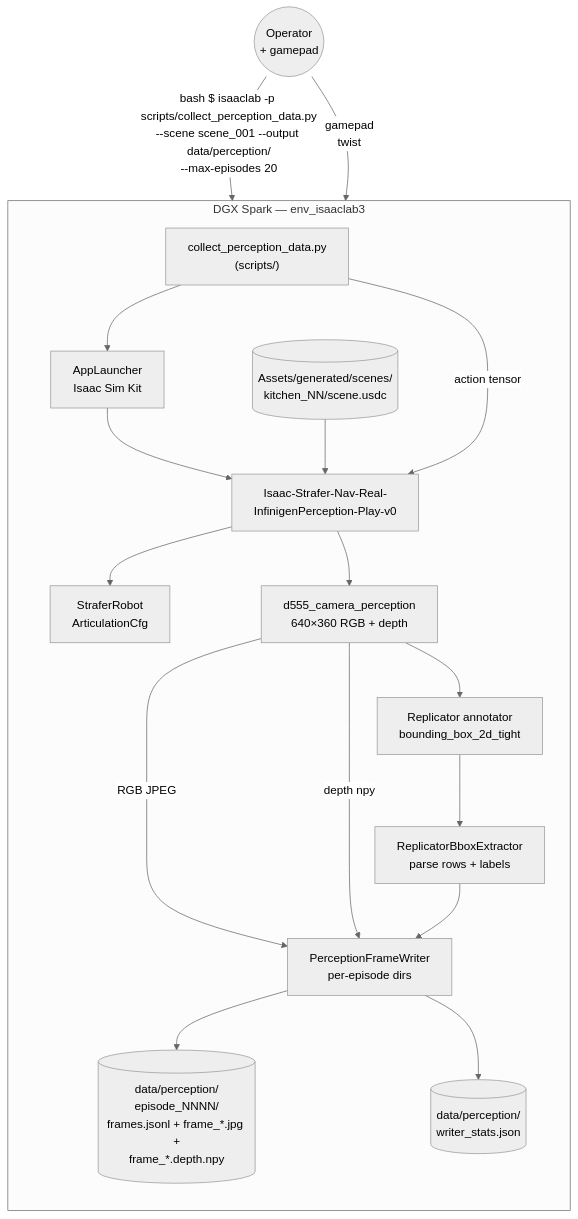
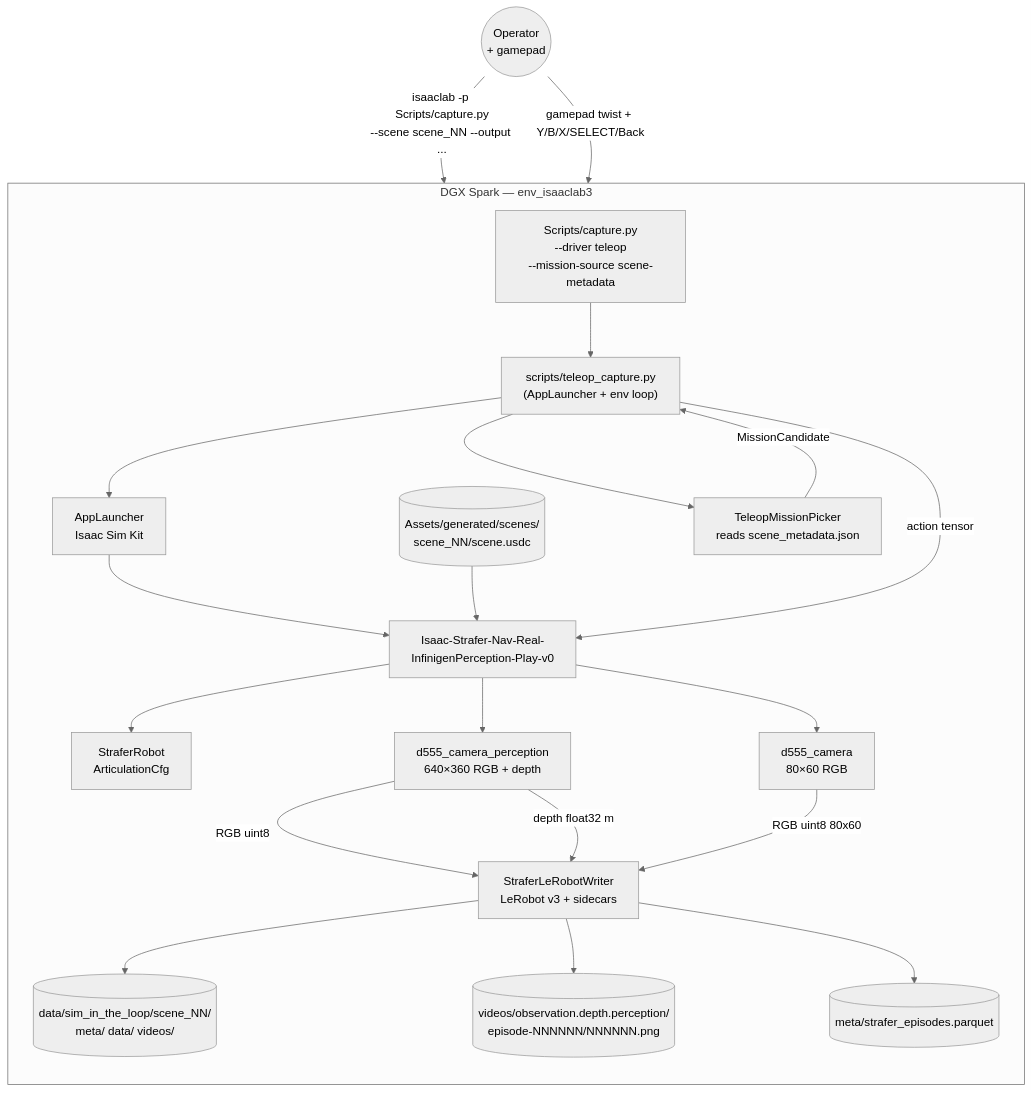
Before and after one commit to zachoines/Sim2RealLab: the fourth of 7 diagrams in docs/SYSTEM_FLOW_DIAGRAMS.md, drawn with Mermaid (neutral theme). The commit also changed other lines of this file and 43 other files, not shown here.

First line of the commit message:
feat(harness): LeRobot v3 writer + capture.py scaffolding (Tier 1, PR B) (#63)

````diff
--- a/docs/SYSTEM_FLOW_DIAGRAMS.md
+++ b/docs/SYSTEM_FLOW_DIAGRAMS.md
@@ -299,49 +297,53 @@
 ```mermaid
 flowchart TB
     Operator((Operator<br/>+ gamepad))
 
     subgraph DGX["DGX Spark — env_isaaclab3"]
         direction TB
 
-        Collect["collect_perception_data.py<br/>(scripts/)"]
+        Capture["Scripts/capture.py<br/>--driver teleop<br/>--mission-source scene-metadata"]
+        Teleop["scripts/teleop_capture.py<br/>(AppLauncher + env loop)"]
         AppLauncher["AppLauncher<br/>Isaac Sim Kit"]
         Env["Isaac-Strafer-Nav-Real-<br/>InfinigenPerception-Play-v0"]
-        SceneUSD[("Assets/generated/scenes/<br/>kitchen_NN/scene.usdc")]
+        SceneUSD[("Assets/generated/scenes/<br/>scene_NN/scene.usdc")]
         Robot["StraferRobot<br/>ArticulationCfg"]
         Camera["d555_camera_perception<br/>640×360 RGB + depth"]
+        PolicyCam["d555_camera<br/>80×60 RGB"]
 
-        Replicator["Replicator annotator<br/>bounding_box_2d_tight"]
-        BBoxExtractor["ReplicatorBboxExtractor<br/>parse rows + labels"]
+        Picker["TeleopMissionPicker<br/>reads scene_metadata.json"]
+        Writer["StraferLeRobotWriter<br/>LeRobot v3 + sidecars"]
 
-        Writer["PerceptionFrameWriter<br/>per-episode dirs"]
-
-        EpisodeDir[("data/perception/<br/>episode_NNNN/<br/>frames.jsonl + frame_*.jpg +<br/>frame_*.depth.npy")]
-        Stats[("data/perception/<br/>writer_stats.json")]
+        Dataset[("data/sim_in_the_loop/scene_NN/<br/>meta/ data/ videos/")]
+        DepthSidecar[("videos/observation.depth.perception/<br/>episode-NNNNNN/NNNNNN.png")]
+        StraferSidecar[("meta/strafer_episodes.parquet")]
     end
 
-    Operator -->|bash $ isaaclab -p scripts/collect_perception_data.py<br/>--scene scene_001 --output data/perception/<br/>--max-episodes 20| Collect
+    Operator -->|isaaclab -p Scripts/capture.py<br/>--scene scene_NN --output ...| Capture
 
-    Collect --> AppLauncher
+    Capture --> Teleop
+    Teleop --> AppLauncher
     AppLauncher --> Env
     SceneUSD --> Env
     Env --> Robot
     Env --> Camera
+    Env --> PolicyCam
 
-    Operator -->|gamepad<br/>twist| Collect
-    Collect -->|action tensor| Env
+    Operator -->|gamepad twist + Y/B/X/SELECT/Back| Teleop
+    Teleop -->|action tensor| Env
+    Picker -->|MissionCandidate| Teleop
+    Teleop --> Picker
 
-    Camera --> Replicator
-    Replicator --> BBoxExtractor
-    Camera -->|RGB JPEG| Writer
-    Camera -->|depth npy| Writer
-    BBoxExtractor --> Writer
+    Camera -->|RGB uint8| Writer
+    Camera -->|depth float32 m| Writer
+    PolicyCam -->|RGB uint8 80x60| Writer
 
-    Writer --> EpisodeDir
-    Writer --> Stats
+    Writer --> Dataset
+    Writer --> DepthSidecar
+    Writer --> StraferSidecar
 
-    click Collect "../source/strafer_lab/scripts/collect_perception_data.py" "Gamepad teleop perception collection"
+    click Capture "../Scripts/capture.py" "Harness data-capture entry point"
+    click Teleop "../source/strafer_lab/scripts/teleop_capture.py" "Gamepad teleop driver"
     click Env "../source/strafer_lab/strafer_lab/tasks/navigation" "Infinigen perception env"
-    click Replicator "../source/strafer_lab/strafer_lab/tools/bbox_extractor.py" "Replicator bbox annotator wrapper"
-    click BBoxExtractor "../source/strafer_lab/strafer_lab/tools/bbox_extractor.py" "DetectedBbox parser"
-    click Writer "../source/strafer_lab/strafer_lab/tools/perception_writer.py" "Per-episode writer"
+    click Picker "../source/strafer_lab/strafer_lab/tools/teleop_mission_picker.py" "Scene-metadata mission picker"
+    click Writer "../source/strafer_lab/strafer_lab/tools/lerobot_writer.py" "LeRobot v3 writer + strafer sidecars"
 ```
````
